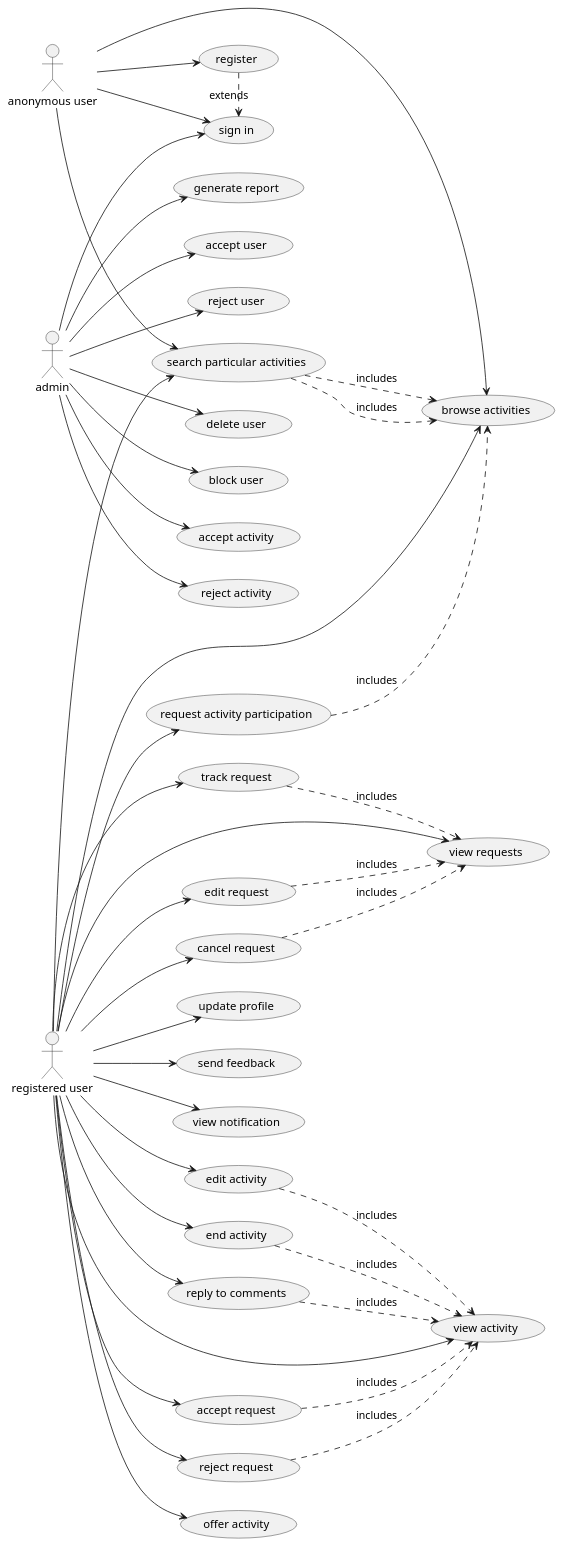
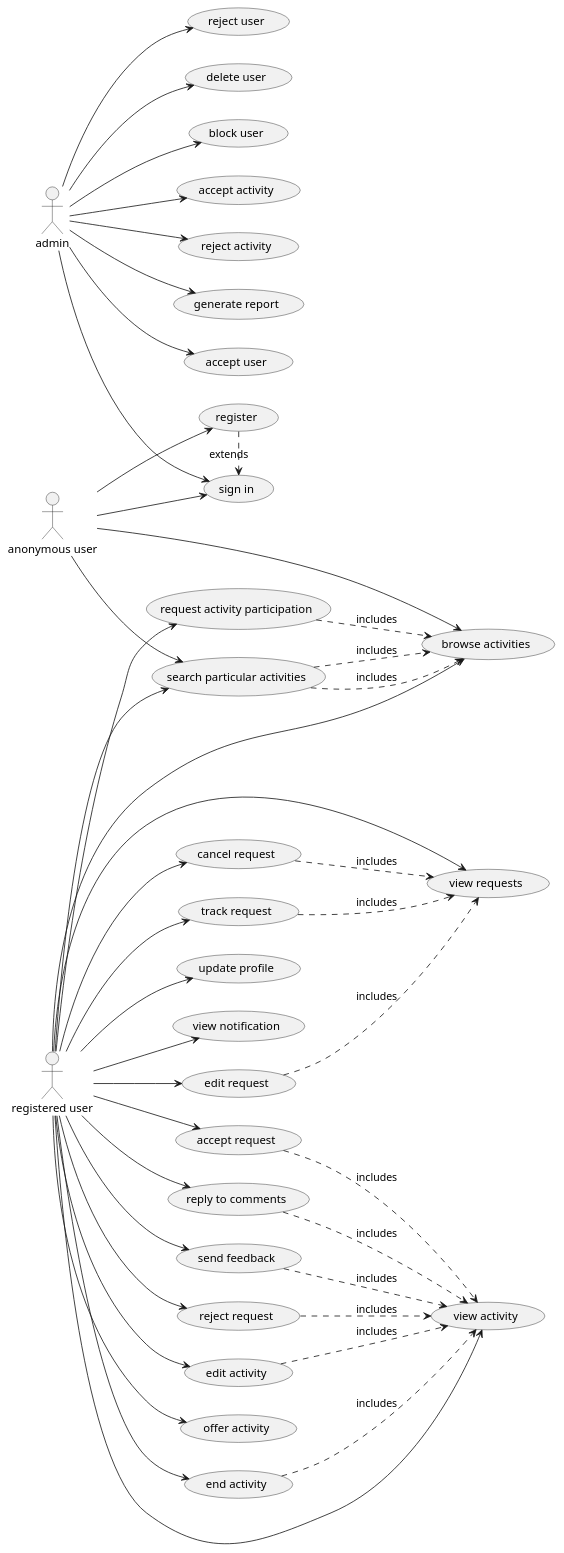
The diagram in diagrams/usecase diagrams/usecases.puml (OmarAlghamdi/swe363-project-react), drawn with PlantUML before and after one commit.

```diff
--- a/diagrams/usecase diagrams/usecases.puml
+++ b/diagrams/usecase diagrams/usecases.puml
@@ -1,53 +1,55 @@
 @startuml
 left to right direction
 
 
 :anonymous user: --> (browse activities)
 :anonymous user: --> (search particular activities)
 (search particular activities) .> (browse activities) : includes
 :anonymous user: --> (register) 
 (register) .> (sign in) : extends
 :anonymous user: --> (sign in)
 
 
 :registered user: --> (update profile)
-:registered user: --> (send feedback)
 :registered user: --> (view notification)
 
 :registered user: --> (browse activities)
 (search particular activities) ..> (browse activities) : includes
 (request activity participation) ..> (browse activities) : includes
 :registered user: --> (search particular activities)
 :registered user: --> (request activity participation)
 
 :registered user: --> (view requests)
 (track request) ..> (view requests) : includes
 (edit request) ..> (view requests) : includes
 (cancel request) ..> (view requests) : includes
 :registered user: --> (track request)
 :registered user: --> (edit request)
 :registered user: --> (cancel request)
 
 :registered user: --> (offer activity)
 :registered user: --> (view activity)
 (accept request) ..> (view activity) : includes
 (reject request) ..> (view activity) : includes
 (edit activity) ..> (view activity) : includes
 (end activity) ..> (view activity) : includes
 (reply to comments) ..> (view activity) : includes
+(send feedback) ..> (view activity) : includes
 :registered user: --> (accept request)
 :registered user: --> (reject request)
 :registered user: --> (edit activity)
 :registered user: --> (end activity)
 :registered user: --> (reply to comments)
+:registered user: --> (send feedback)
+
 
 
 :admin: --> (sign in)
 :admin: --> (accept user)
 :admin: --> (reject user)
 :admin: --> (delete user)
 :admin: --> (block user)
 :admin: --> (accept activity)
 :admin: --> (reject activity)
 :admin: --> (generate report)
 @enduml
```
